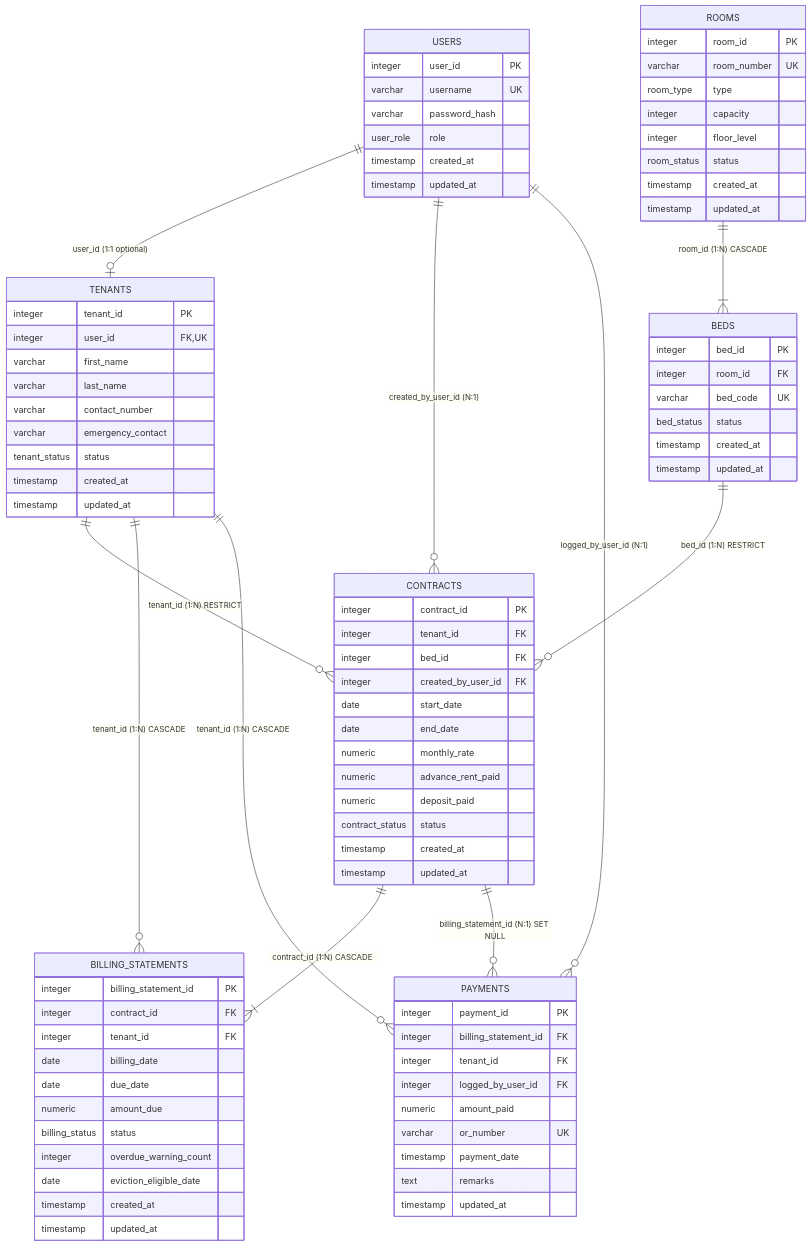
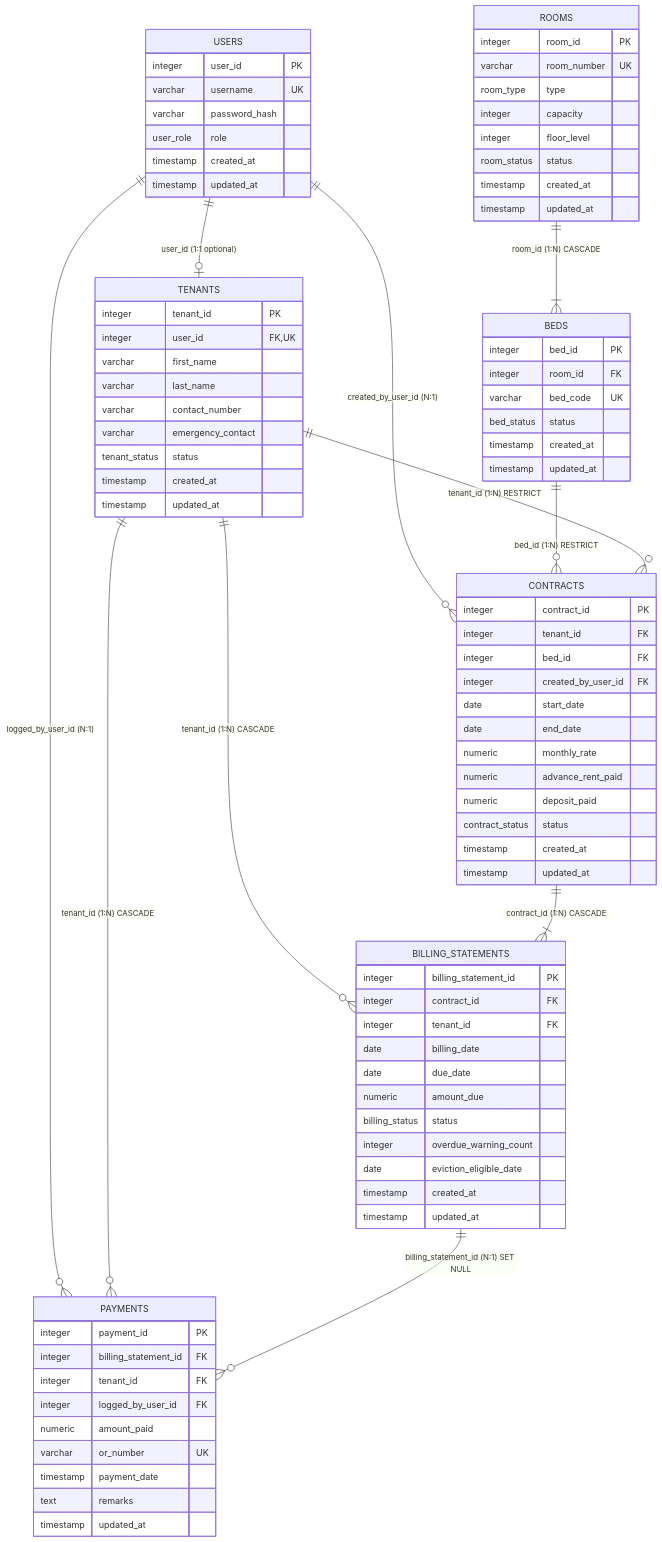
Before and after one commit to Artsk1e/-RenTahanan-A-Bedspace-Occupancy-and-Rent-Management-System: the first of 2 diagrams in docs/diagrams/ERD.md, drawn with Mermaid. The commit also changed other lines of this file and 3 other files, not shown here.

First line of the commit message:
docs: complete structural alignment — ERD, class diagrams, requirements, and database schema synchronized

```diff
--- a/docs/diagrams/ERD.md
+++ b/docs/diagrams/ERD.md
@@ -23,7 +23,7 @@
     TENANTS ||--o{ PAYMENTS : "tenant_id (1:N) CASCADE"
 
     CONTRACTS ||--|{ BILLING_STATEMENTS : "contract_id (1:N) CASCADE"
-    CONTRACTS ||--o{ PAYMENTS : "billing_statement_id (N:1) SET NULL"
+    BILLING_STATEMENTS ||--o{ PAYMENTS : "billing_statement_id (N:1) SET NULL"
 
     USERS {
         integer user_id PK
```
